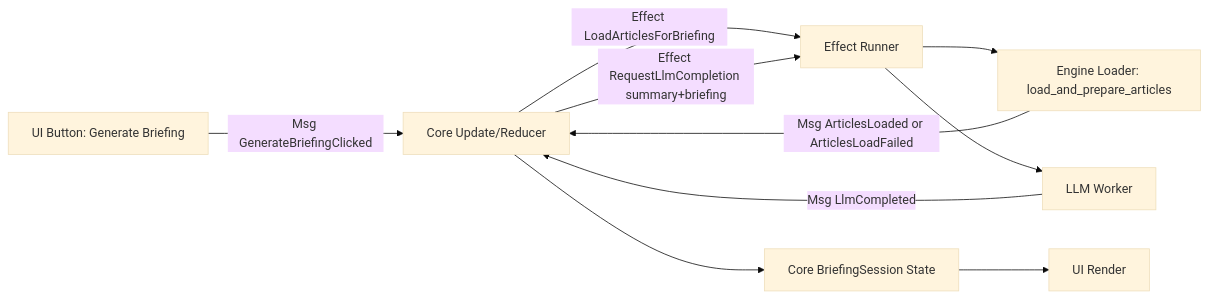
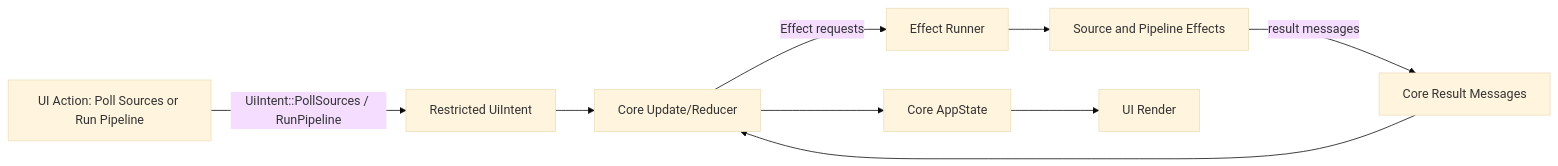
One commit to larspensjo/web_page_filet_mignon changed the diagram in docs/Architecture.md. Above: the diagram before and after it, drawn with Mermaid (base theme). The commit also changed other lines of this file and 61 other files, not shown here.

````diff
--- a/docs/Architecture.md
+++ b/docs/Architecture.md
@@ -24,19 +24,19 @@
 ```mermaid
 flowchart LR
-    UI[UI Button: Generate Briefing]
+    UI[UI Action: Poll Sources or Run Pipeline]
+    I[Restricted UiIntent]
     U[Core Update/Reducer]
     E[Effect Runner]
-    L[Engine Loader: load_and_prepare_articles]
-    W[LLM Worker]
-    S[Core BriefingSession State]
+    P[Source and Pipeline Effects]
+    M[Core Result Messages]
+    S[Core AppState]
     R[UI Render]
 
-    UI -->|Msg GenerateBriefingClicked| U
-    U -->|Effect LoadArticlesForBriefing| E
-    E --> L
-    L -->|Msg ArticlesLoaded or ArticlesLoadFailed| U
-    U -->|Effect RequestLlmCompletion summary+briefing| E
-    E --> W
-    W -->|Msg LlmCompleted| U
+    UI -->|UiIntent::PollSources / RunPipeline| I
+    I --> U
+    U -->|Effect requests| E
+    E --> P
+    P -->|result messages| M
+    M --> U
     U --> S --> R
 ```
````
